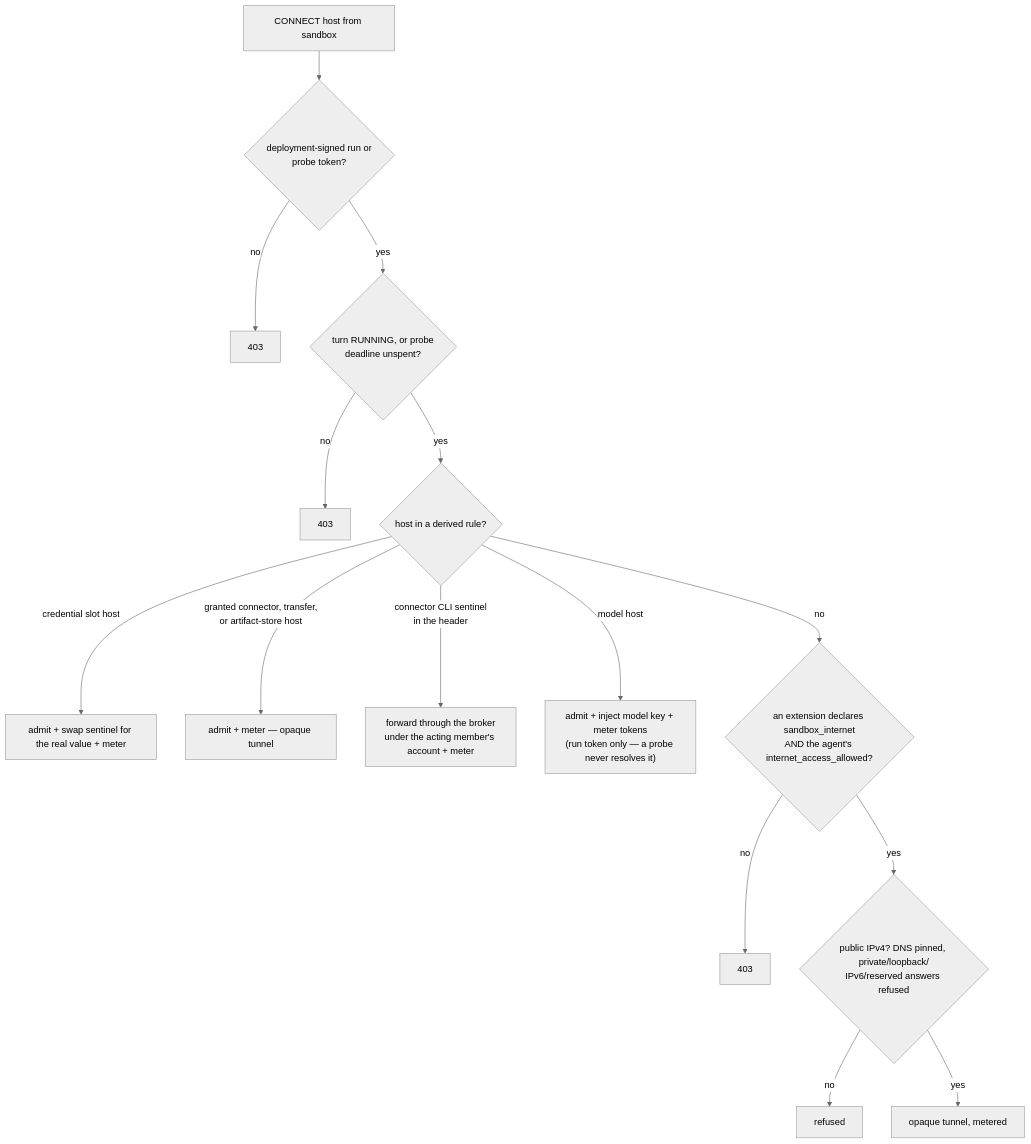
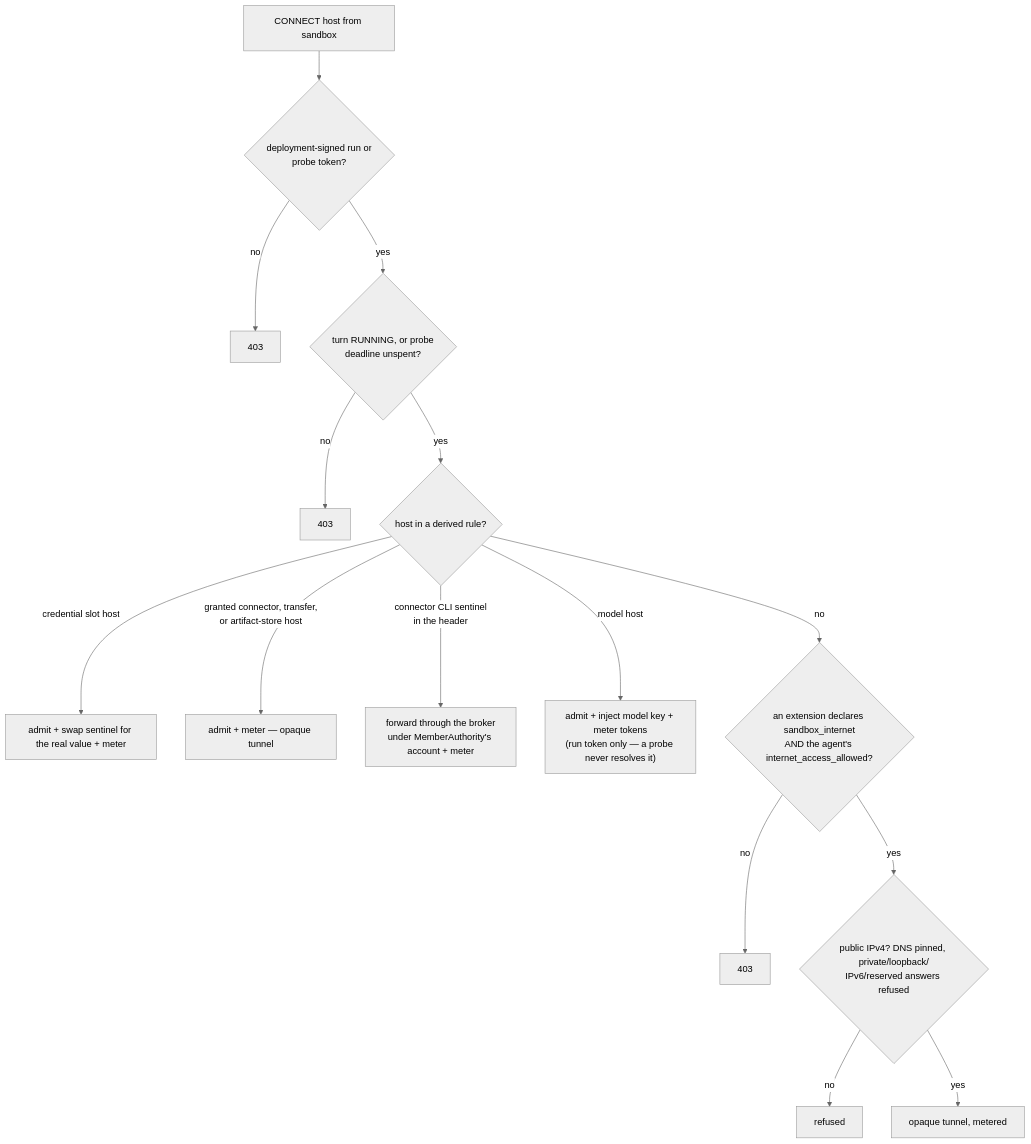
One commit to ufo-ai/ufo-core changed the fifth of 5 diagrams in docs/permissions.md. Above: the diagram before and after it, drawn with Mermaid (neutral theme). The commit also changed other lines of this file and 80 other files, not shown here.

````diff
--- a/docs/permissions.md
+++ b/docs/permissions.md
@@ -349,17 +361,17 @@
 ```mermaid
 flowchart TD
     C["CONNECT host from sandbox"] --> T{"deployment-signed run or<br/>probe token?"}
     T -->|no| R1["403"]
     T -->|yes| L{"turn RUNNING, or probe<br/>deadline unspent?"}
     L -->|no| R2["403"]
     L -->|yes| S{"host in a derived rule?"}
     S -->|"credential slot host"| INJ["admit + swap sentinel for the real value + meter"]
     S -->|"granted connector, transfer,<br/>or artifact-store host"| TUN0["admit + meter — opaque tunnel"]
-    S -->|"connector CLI sentinel<br/>in the header"| FWD["forward through the broker<br/>under the acting member's account + meter"]
+    S -->|"connector CLI sentinel<br/>in the header"| FWD["forward through the broker<br/>under MemberAuthority's account + meter"]
     S -->|"model host"| MOD["admit + inject model key + meter tokens<br/>(run token only — a probe never resolves it)"]
     S -->|no| I{"an extension declares sandbox_internet<br/>AND the agent's internet_access_allowed?"}
     I -->|no| R3["403"]
     I -->|yes| P{"public IPv4? DNS pinned, private/loopback/<br/>IPv6/reserved answers refused"}
     P -->|no| R4["refused"]
     P -->|yes| TUN["opaque tunnel, metered"]
 ```
````
